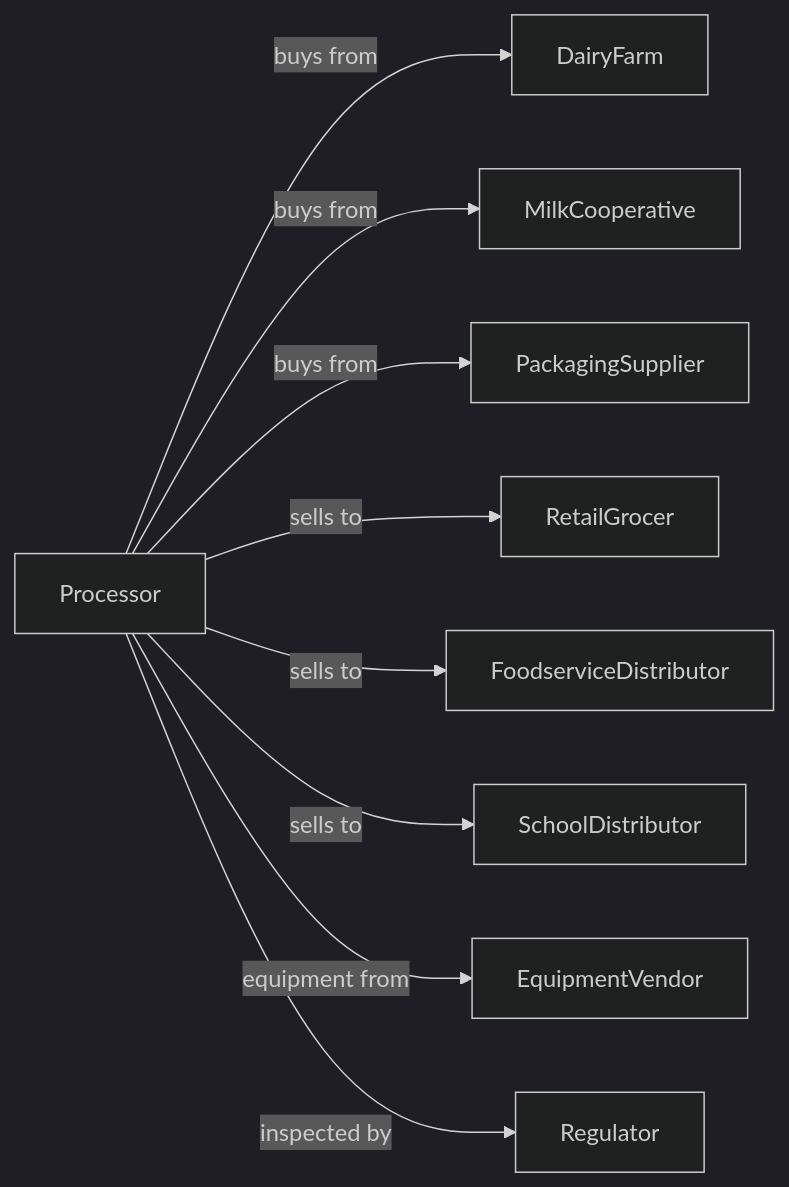
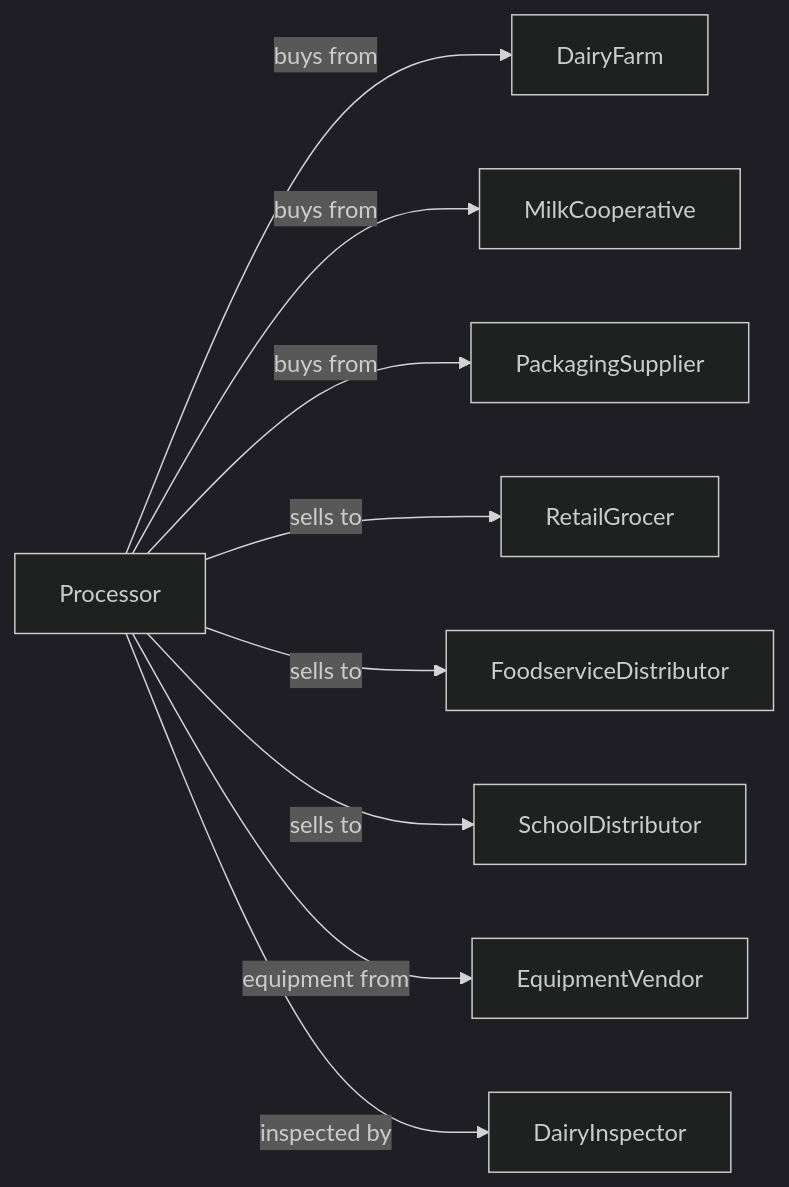
The second of 2 diagrams in Manufacturing/FoodManufacturing/DairyProductManufacturing/FluidMilkManufacturing.mdx (dot-org-ai/industries.org.ai), drawn with Mermaid (dark theme) before and after one commit. The commit also changed other lines of this file and 639 other files, not shown here.

````diff
--- a/Manufacturing/FoodManufacturing/DairyProductManufacturing/FluidMilkManufacturing.mdx
+++ b/Manufacturing/FoodManufacturing/DairyProductManufacturing/FluidMilkManufacturing.mdx
@@ -132,13 +132,13 @@
 ```mermaid
 graph LR
     P[Processor]
 
     P -->|buys from| DairyFarm
     P -->|buys from| MilkCooperative
     P -->|buys from| PackagingSupplier
     P -->|sells to| RetailGrocer
     P -->|sells to| FoodserviceDistributor
     P -->|sells to| SchoolDistributor
     P -->|equipment from| EquipmentVendor
-    P -->|inspected by| Regulator
+    P -->|inspected by| DairyInspector
 ```
````
